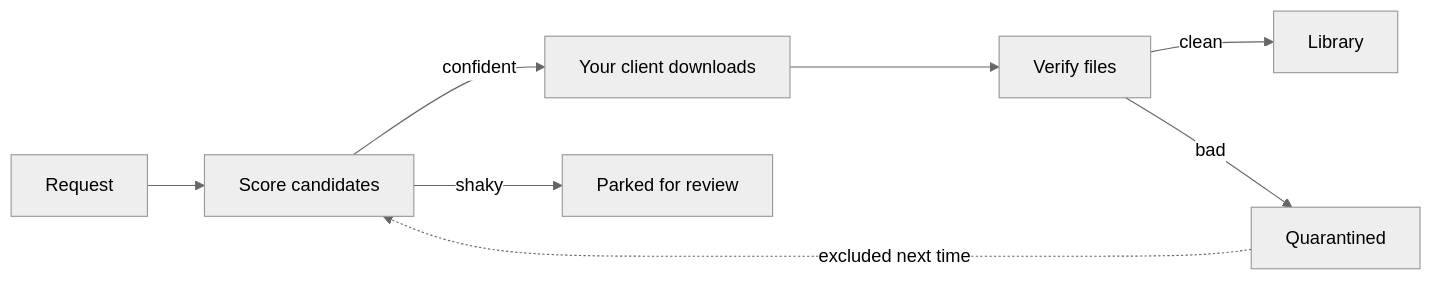
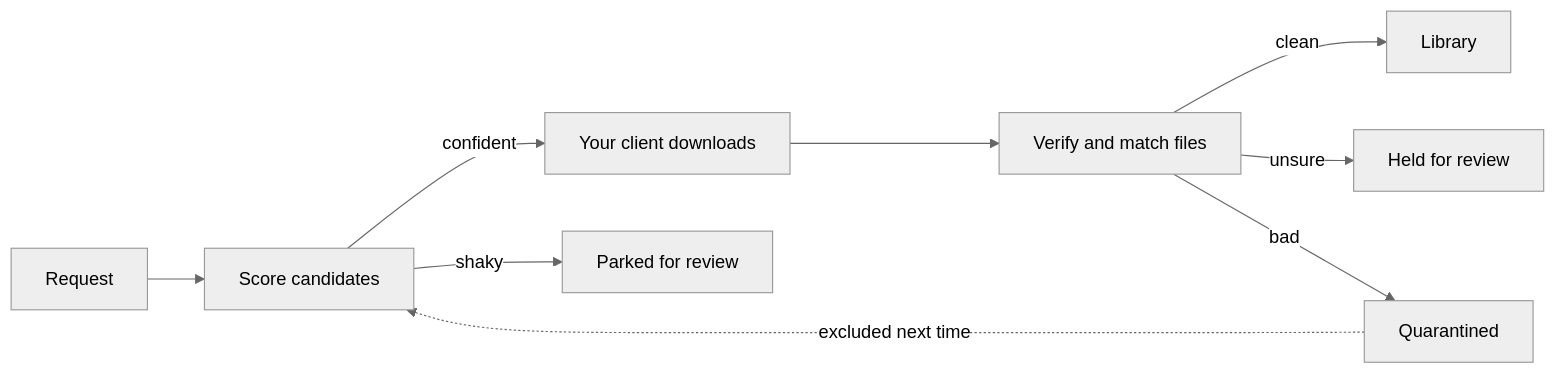
One commit to DroppedNeedle/DroppedNeedle changed the diagram in README.md. Above: the diagram before and after it, drawn with Mermaid (neutral theme). The commit also changed other lines of this file and 9 other files, not shown here.

````diff
--- a/README.md
+++ b/README.md
@@ -149,10 +149,11 @@
 ```mermaid
 flowchart LR
     A[Request] --> B[Score candidates]
     B -->|confident| C[Your client downloads]
     B -->|shaky| P[Parked for review]
-    C --> D[Verify files]
+    C --> D[Verify and match files]
     D -->|clean| E[Library]
+    D -->|unsure| H[Held for review]
     D -->|bad| Q[Quarantined]
     Q -. excluded next time .-> B
 ```
````
